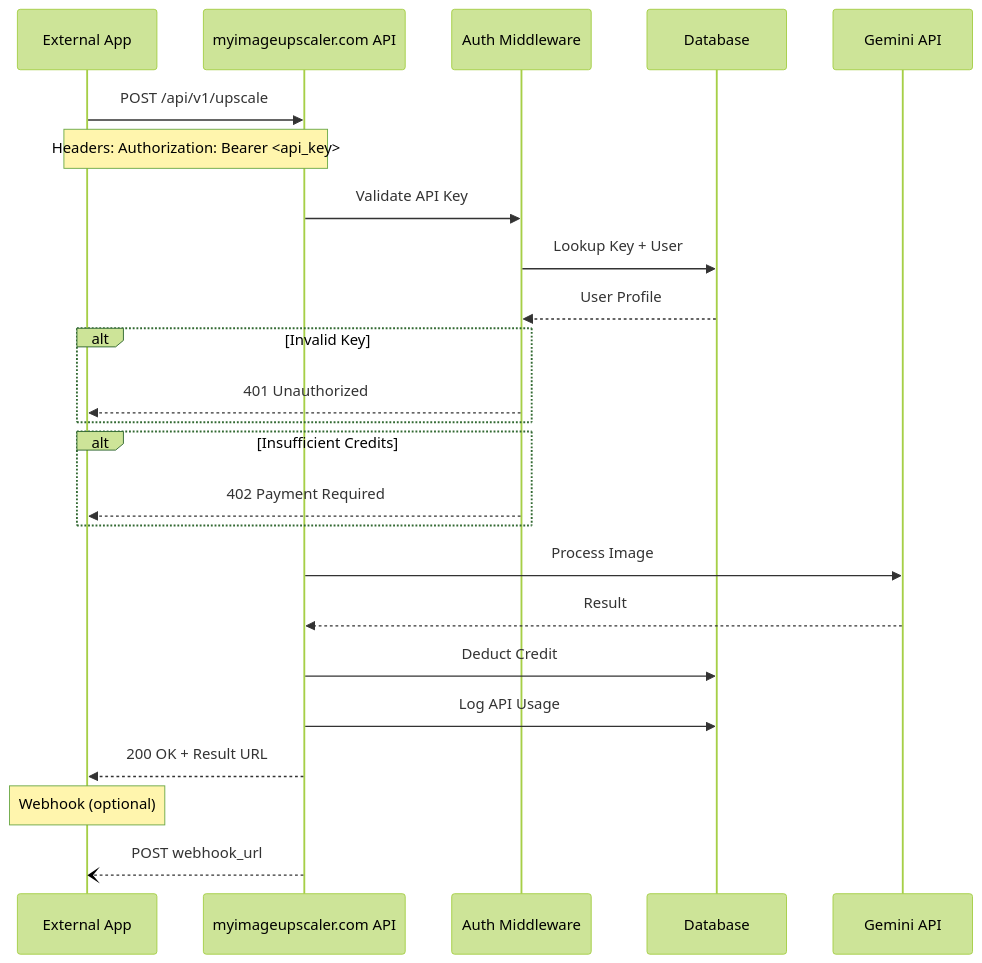
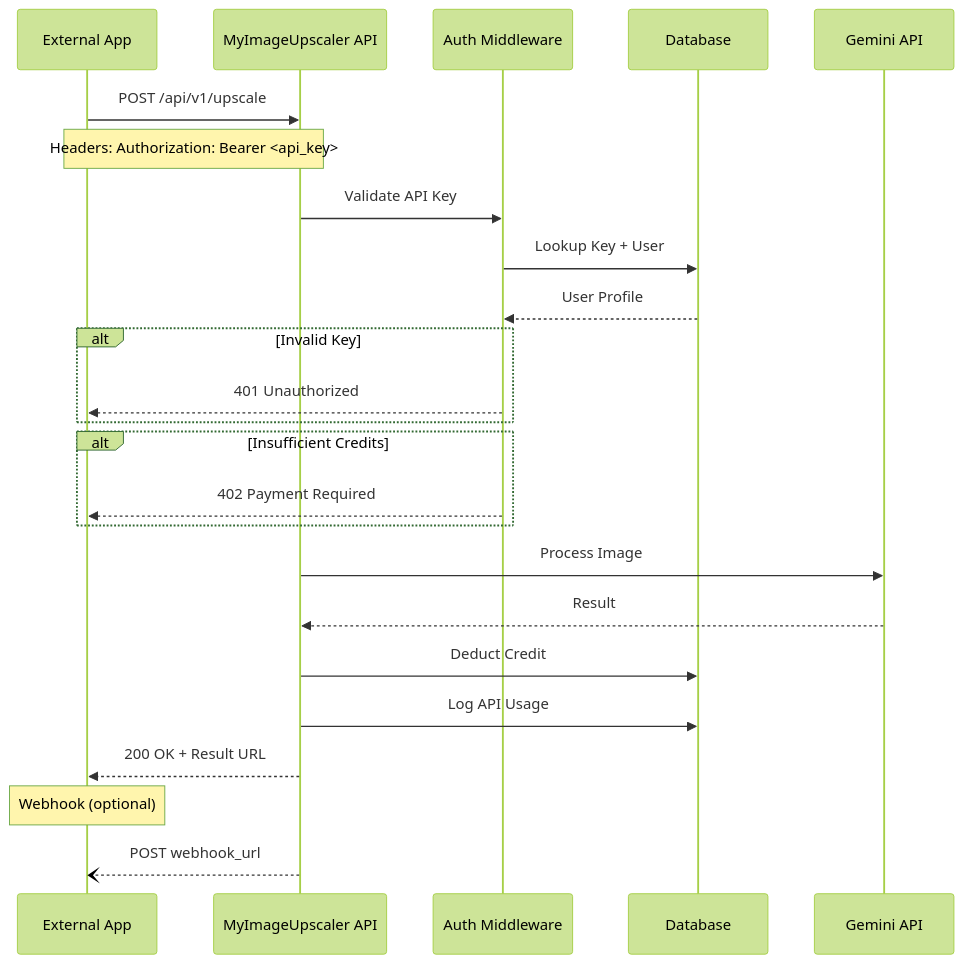
Before and after one commit to jonit-dev/pixelperfect: the ninth of 10 diagrams in docs/technical/user-flow.md, drawn with Mermaid (forest theme). The commit also changed other lines of this file and 37 other files, not shown here.

````diff
--- a/docs/technical/user-flow.md
+++ b/docs/technical/user-flow.md
@@ -267,34 +267,34 @@
 ```mermaid
 sequenceDiagram
     participant App as External App
-    participant API as myimageupscaler.com API
+    participant API as MyImageUpscaler API
     participant Auth as Auth Middleware
     participant DB as Database
     participant AI as Gemini API
 
     App->>API: POST /api/v1/upscale
     Note over App,API: Headers: Authorization: Bearer <api_key>
 
     API->>Auth: Validate API Key
     Auth->>DB: Lookup Key + User
     DB-->>Auth: User Profile
 
     alt Invalid Key
         Auth-->>App: 401 Unauthorized
     end
 
     alt Insufficient Credits
         Auth-->>App: 402 Payment Required
     end
 
     API->>AI: Process Image
     AI-->>API: Result
 
     API->>DB: Deduct Credit
     API->>DB: Log API Usage
 
     API-->>App: 200 OK + Result URL
 
     Note over App: Webhook (optional)
     API--)App: POST webhook_url
 ```
````
